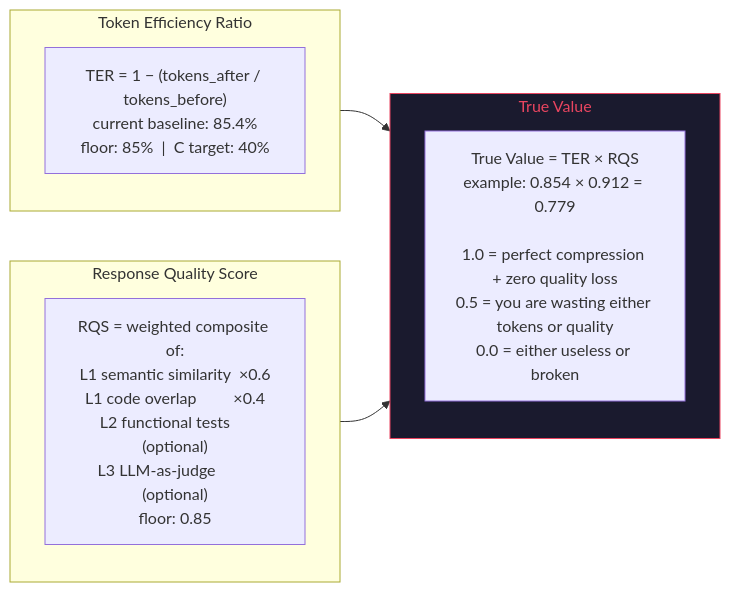
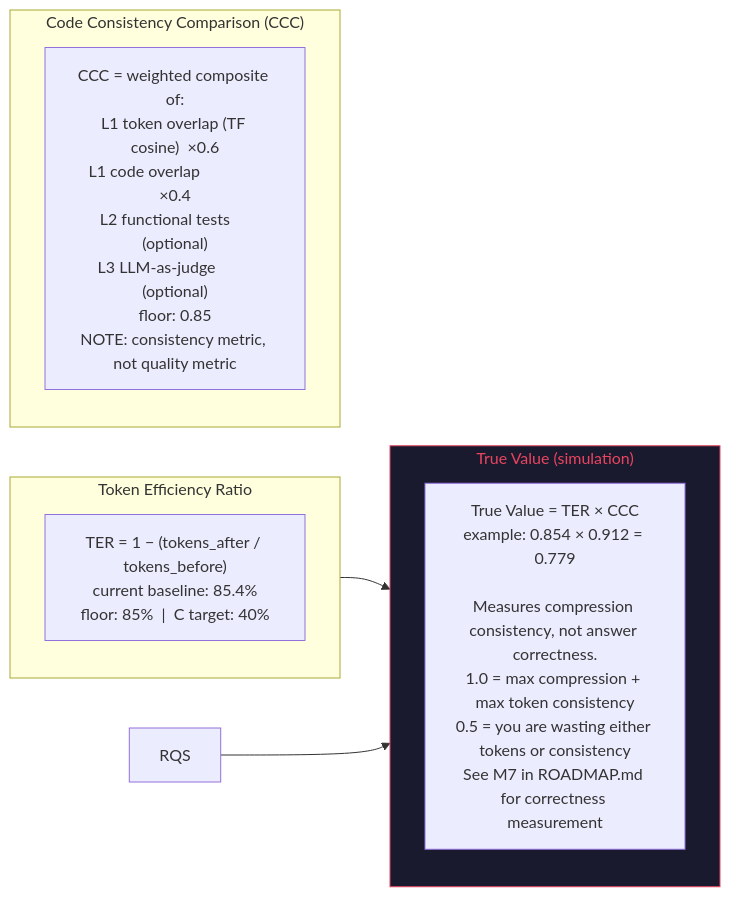
Before and after one commit to secSandman/ftw-klock-killer: the eighth of 9 diagrams in README.md, drawn with Mermaid. The commit also changed other lines of this file and 8 other files, not shown here.

First line of the commit message:
rename RQS-L1 → CCC (Code Consistency Comparison); wire LLM-Judge; add M7 quality roadmap

````diff
--- a/README.md
+++ b/README.md
@@ -319,19 +319,19 @@
 ```mermaid
 flowchart LR
     subgraph TER["Token Efficiency Ratio"]
         T["TER = 1 − (tokens_after / tokens_before)\ncurrent baseline: 85.4%\nfloor: 85%  |  C target: 40%"]
     end
 
-    subgraph RQS["Response Quality Score"]
-        R["RQS = weighted composite of:\nL1 semantic similarity  ×0.6\nL1 code overlap         ×0.4\nL2 functional tests     (optional)\nL3 LLM-as-judge         (optional)\nfloor: 0.85"]
+    subgraph CCC["Code Consistency Comparison (CCC)"]
+        R["CCC = weighted composite of:\nL1 token overlap (TF cosine)  ×0.6\nL1 code overlap               ×0.4\nL2 functional tests     (optional)\nL3 LLM-as-judge         (optional)\nfloor: 0.85\nNOTE: consistency metric, not quality metric"]
     end
 
-    subgraph TV["True Value"]
-        V["True Value = TER × RQS\nexample: 0.854 × 0.912 = 0.779\n\n1.0 = perfect compression + zero quality loss\n0.5 = you are wasting either tokens or quality\n0.0 = either useless or broken"]
+    subgraph TV["True Value (simulation)"]
+        V["True Value = TER × CCC\nexample: 0.854 × 0.912 = 0.779\n\nMeasures compression consistency, not answer correctness.\n1.0 = max compression + max token consistency\n0.5 = you are wasting either tokens or consistency\nSee M7 in ROADMAP.md for correctness measurement"]
     end
 
     TER --> TV
     RQS --> TV
 
     style TV fill:#1a1a2e,color:#e94560,stroke:#e94560
 ```
````
